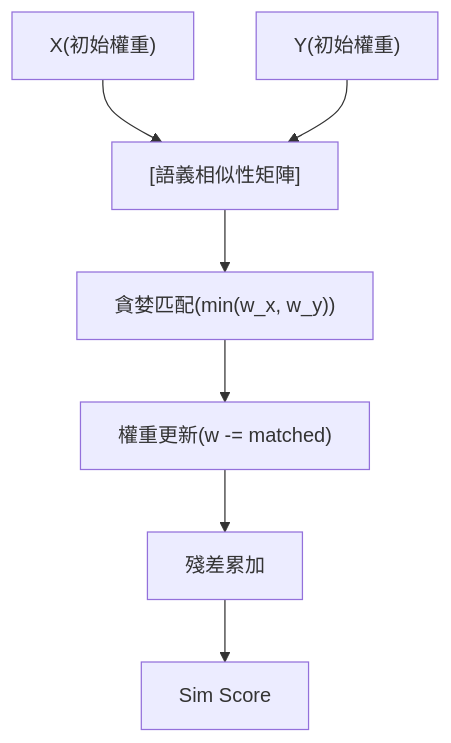
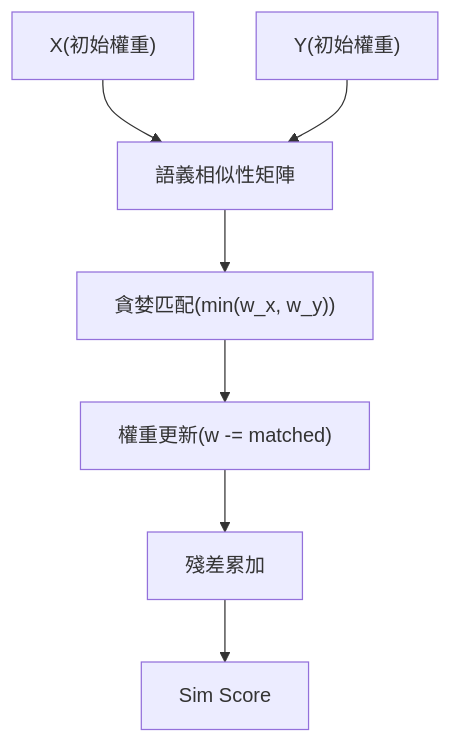
The diagram in foundations/portfolio-optimization/strapsim.md (sou350121/Trading-Handbook), drawn with Mermaid before and after one commit. The commit also changed 191 other files, not shown here.

First line of the commit message:
render: fix math + mermaid for GitHub across the corpus (188 pages)

````diff
--- a/foundations/portfolio-optimization/strapsim.md
+++ b/foundations/portfolio-optimization/strapsim.md
@@ -30,16 +30,16 @@
 ```mermaid
 flowchart TD
     A["X(初始權重)"]
     B["Y(初始權重)"]
-    C["[語義相似性矩陣]"]
+    C["語義相似性矩陣"]
     D["貪婪匹配(min(w_x, w_y))"]
     E["權重更新(w -= matched)"]
     F["殘差累加"]
     G["Sim Score"]
     A --> C
     B --> C
     C --> D
     D --> E
     E --> F
     F --> G
 ```
````
